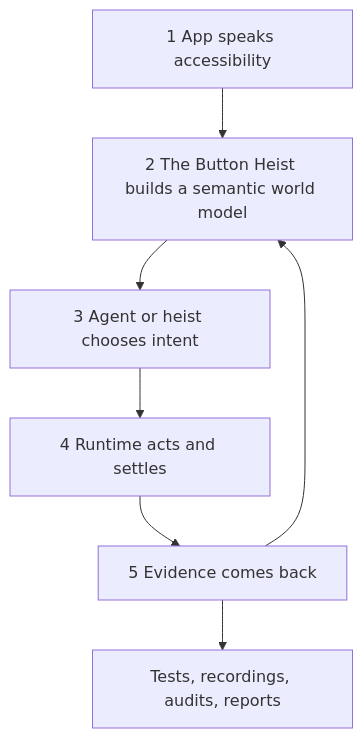
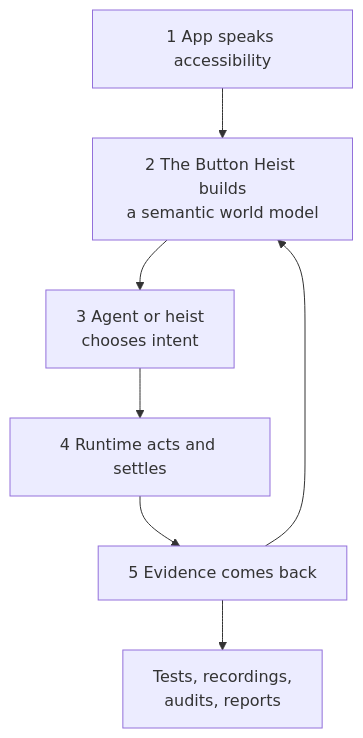
One commit to RoyalPineapple/TheButtonHeist changed the first of 2 diagrams in README.md. Above: the diagram before and after it, drawn with Mermaid.

Commit message:
Fix README diagram clipping

````diff
--- a/README.md
+++ b/README.md
@@ -30,16 +30,16 @@
 ```mermaid
 flowchart TB
     AX["1 App speaks accessibility"]
-    Model["2 The Button Heist builds a semantic world model"]
-    Intent["3 Agent or heist chooses intent"]
+    Model["2 The Button Heist builds<br/>a semantic world model"]
+    Intent["3 Agent or heist<br/>chooses intent"]
     Runtime["4 Runtime acts and settles"]
     Evidence["5 Evidence comes back"]
-    Output["Tests, recordings, audits, reports"]
+    Output["Tests, recordings,<br/>audits, reports"]
 
     AX --> Model
     Model --> Intent
     Intent --> Runtime
     Runtime --> Evidence
     Evidence --> Model
     Evidence --> Output
 ```
````
